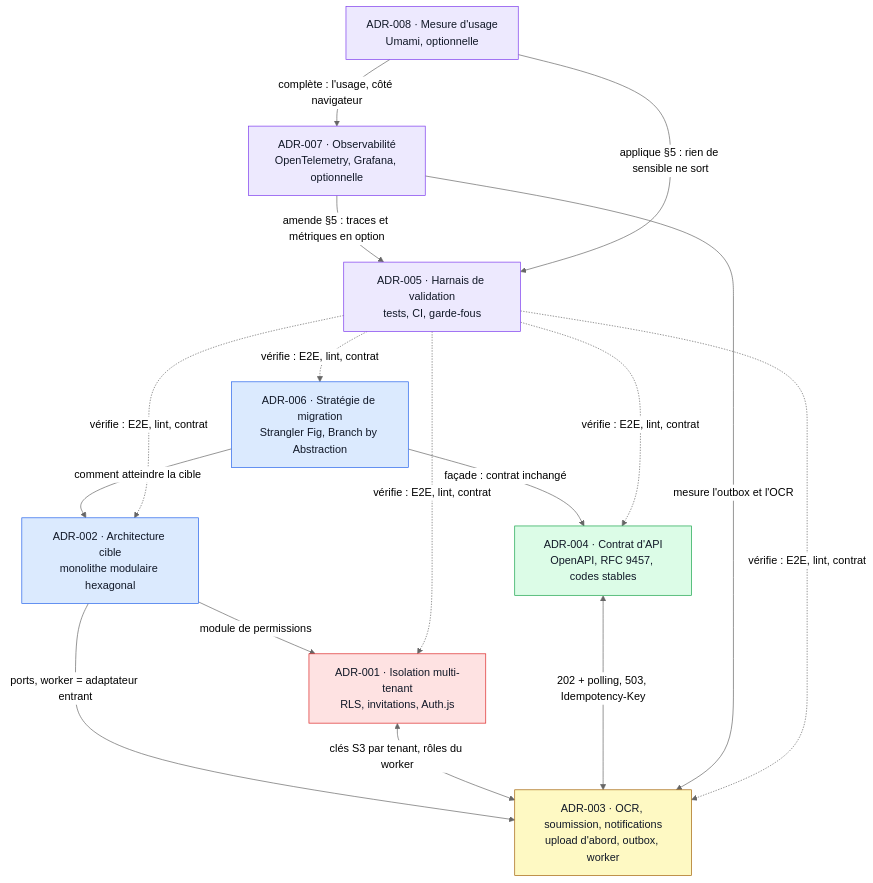
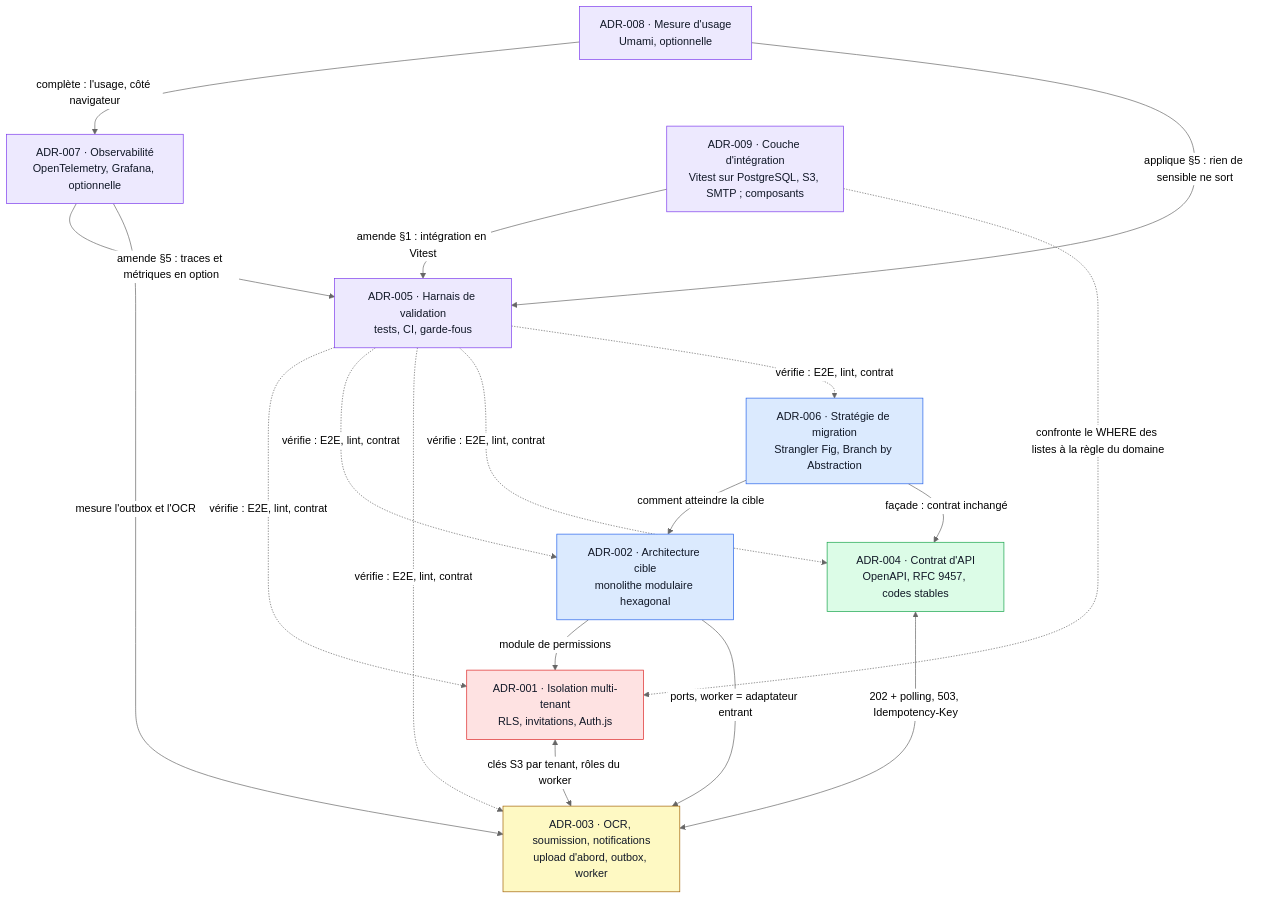
The diagram in docs/architecture/vues/adr.mmd (2-MORGAN/expense-io), drawn with Mermaid (neutral theme) before and after one commit. The commit also changed 71 other files, not shown here.

First line of the commit message:
test(integration): couche d'intégration Vitest et tests de composants (ADR-009 acceptée) (#60)

```diff
--- a/docs/architecture/vues/adr.mmd
+++ b/docs/architecture/vues/adr.mmd
@@ -1,35 +1,38 @@
 flowchart TB
   %% Vue écrite à la main : la modifier ici, npm run generate:architecture la recopie dans docs/index.html.
   %% À tenir à jour avec docs/adr (CLAUDE.md, « Documentation développeur »).
 
   adr5["ADR-005 · Harnais de validation<br/>tests, CI, garde-fous"]
   adr2["ADR-002 · Architecture cible<br/>monolithe modulaire hexagonal"]
   adr1["ADR-001 · Isolation multi-tenant<br/>RLS, invitations, Auth.js"]
   adr3["ADR-003 · OCR, soumission, notifications<br/>upload d'abord, outbox, worker"]
   adr4["ADR-004 · Contrat d'API<br/>OpenAPI, RFC 9457, codes stables"]
   adr6["ADR-006 · Stratégie de migration<br/>Strangler Fig, Branch by Abstraction"]
   adr7["ADR-007 · Observabilité<br/>OpenTelemetry, Grafana, optionnelle"]
   adr8["ADR-008 · Mesure d'usage<br/>Umami, optionnelle"]
+  adr9["ADR-009 · Couche d'intégration<br/>Vitest sur PostgreSQL, S3, SMTP ; composants"]
 
   adr2 -->|"module de permissions"| adr1
   adr2 -->|"ports, worker = adaptateur entrant"| adr3
   adr1 <-->|"clés S3 par tenant, rôles du worker"| adr3
   adr4 <-->|"202 + polling, 503, Idempotency-Key"| adr3
   adr6 -->|"comment atteindre la cible"| adr2
   adr6 -->|"façade : contrat inchangé"| adr4
   adr7 -->|"amende §5 : traces et métriques en option"| adr5
   adr7 -->|"mesure l'outbox et l'OCR"| adr3
   adr8 -->|"complète : l'usage, côté navigateur"| adr7
   adr8 -->|"applique §5 : rien de sensible ne sort"| adr5
+  adr9 -->|"amende §1 : intégration en Vitest"| adr5
+  adr9 -.->|"confronte le WHERE des listes à la règle du domaine"| adr1
   adr5 -.->|"vérifie : E2E, lint, contrat"| adr1 & adr2 & adr3 & adr4 & adr6
 
   classDef securite fill:#fee2e2,stroke:#dc2626,color:#111827
   classDef archi fill:#dbeafe,stroke:#2563eb,color:#111827
   classDef asynchrone fill:#fef9c3,stroke:#a16207,color:#111827
   classDef api fill:#dcfce7,stroke:#16a34a,color:#111827
   classDef qualite fill:#ede9fe,stroke:#7c3aed,color:#111827
   class adr1 securite
   class adr2,adr6 archi
   class adr3 asynchrone
   class adr4 api
-  class adr5,adr7,adr8 qualite
+  class adr5,adr7,adr8,adr9 qualite
```
